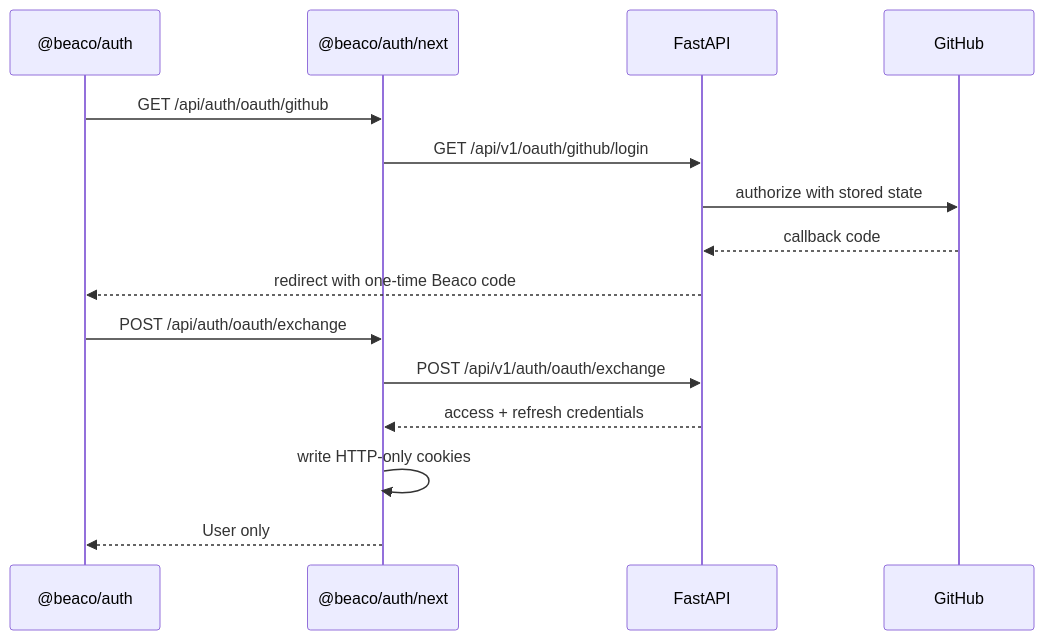
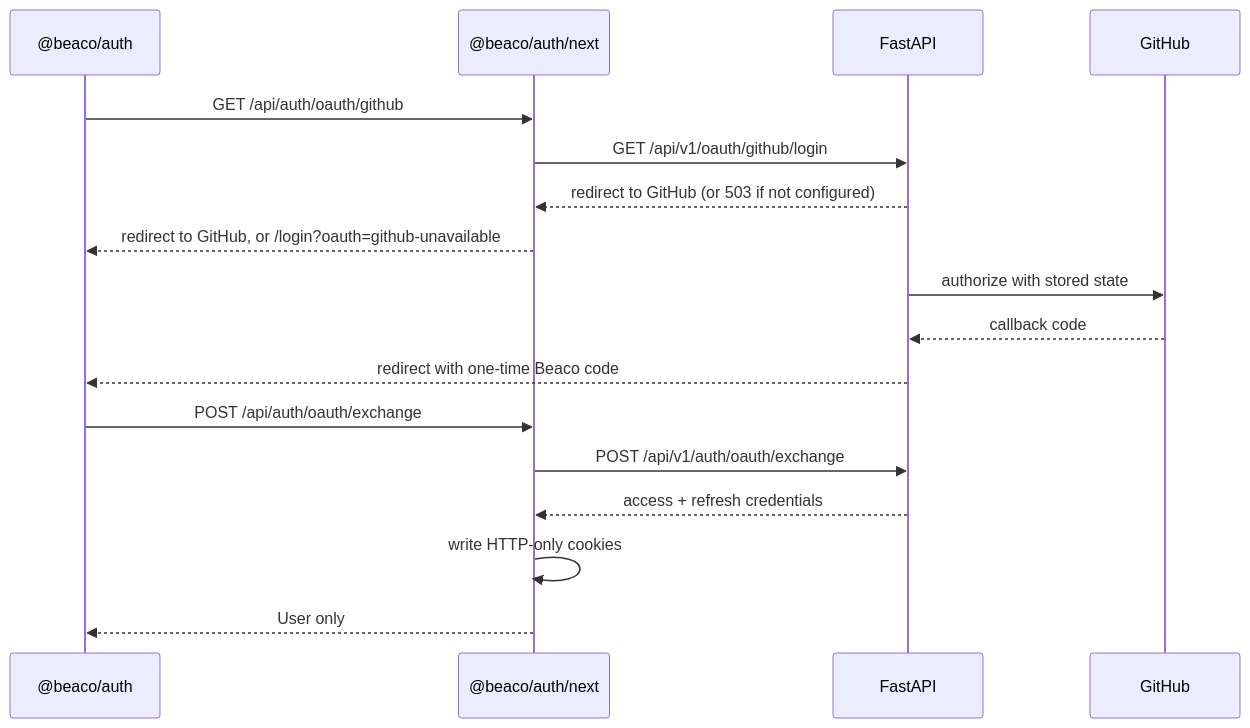
One commit to MichaelOgunjimi/notification-system changed the third of 3 diagrams in packages/auth/README.md. Above: the diagram before and after it, drawn with Mermaid. The commit also changed other lines of this file and 12 other files, not shown here.

````diff
--- a/packages/auth/README.md
+++ b/packages/auth/README.md
@@ -146,17 +151,19 @@
 ```mermaid
 sequenceDiagram
   participant SDK as @beaco/auth
   participant Next as @beaco/auth/next
   participant API as FastAPI
   participant GitHub
   SDK->>Next: GET /api/auth/oauth/github
   Next->>API: GET /api/v1/oauth/github/login
+  API-->>Next: redirect to GitHub (or 503 if not configured)
+  Next-->>SDK: redirect to GitHub, or /login?oauth=github-unavailable
   API->>GitHub: authorize with stored state
   GitHub-->>API: callback code
   API-->>SDK: redirect with one-time Beaco code
   SDK->>Next: POST /api/auth/oauth/exchange
   Next->>API: POST /api/v1/auth/oauth/exchange
   API-->>Next: access + refresh credentials
   Next->>Next: write HTTP-only cookies
   Next-->>SDK: User only
 ```
````
